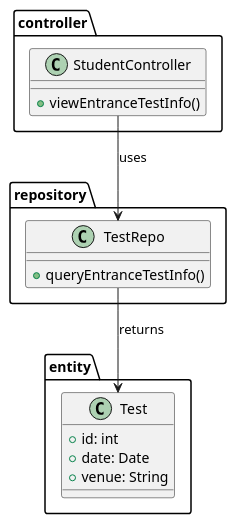
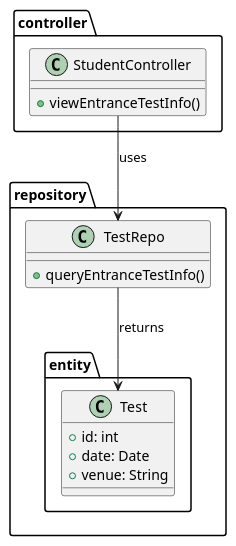
One commit to iamSlightlyWind/Legacy changed the diagram in SWD392/class_diagrams/21_view_entrance_test.puml. Above: the diagram before and after it, drawn with PlantUML. The commit also changed other lines of this file and 68 other files, not shown here.

Commit message:
SWD293: Tree: Clean Diagrams

```diff
--- a/SWD392/class_diagrams/21_view_entrance_test.puml
+++ b/SWD392/class_diagrams/21_view_entrance_test.puml
@@ -2,24 +1,23 @@
 @startuml
 package controller {
     class StudentController {
         +viewEntranceTestInfo()
     }
 }
 
 package repository {
     class TestRepo {
         +queryEntranceTestInfo()
     }
-}
 
 package entity {
     class Test {
         +id: int
         +date: Date
         +venue: String
     }
 }
 
 StudentController --> TestRepo : uses
 TestRepo --> Test : returns
 @enduml
```
